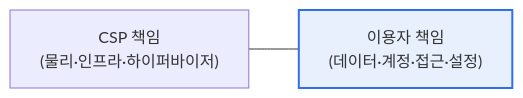
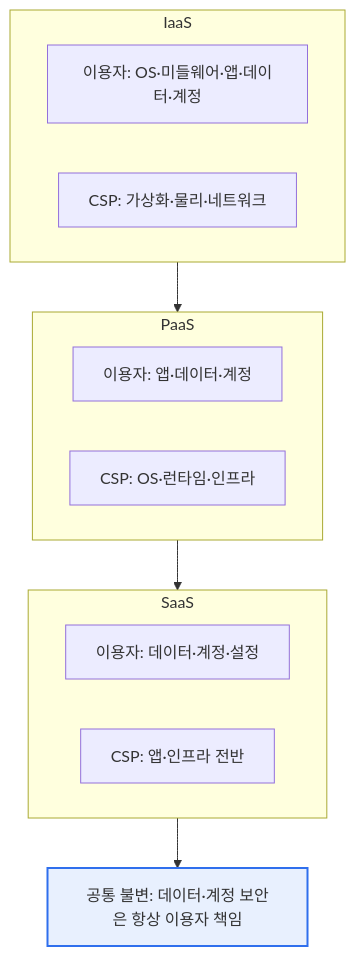
One commit to coninggu/wjdqhrhksflrltnftk changed the first of 2 diagrams in content/cloud-security-considerations.md. Above: the diagram before and after it, drawn with Mermaid. The commit also changed other lines of this file and 3 other files, not shown here.

````diff
--- a/content/cloud-security-considerations.md
+++ b/content/cloud-security-considerations.md
@@ -15,5 +19,19 @@
 ```mermaid
-flowchart LR
-  C["CSP 책임<br/>(물리·인프라·하이퍼바이저)"] --- U["이용자 책임<br/>(데이터·계정·접근·설정)"]
-  style U fill:#e8f0fe,stroke:#2f6fed,stroke-width:2px
+flowchart TB
+  subgraph IAAS["IaaS"]
+    I1["이용자: OS·미들웨어·앱·데이터·계정"]
+    I2["CSP: 가상화·물리·네트워크"]
+  end
+  subgraph PAAS["PaaS"]
+    P1["이용자: 앱·데이터·계정"]
+    P2["CSP: OS·런타임·인프라"]
+  end
+  subgraph SAAS["SaaS"]
+    S1["이용자: 데이터·계정·설정"]
+    S2["CSP: 앱·인프라 전반"]
+  end
+  IAAS --> PAAS --> SAAS
+  NOTE["공통 불변: 데이터·계정 보안은 항상 이용자 책임"]
+  SAAS --> NOTE
+  style NOTE fill:#e8f0fe,stroke:#2f6fed,stroke-width:2px
 ```
````
